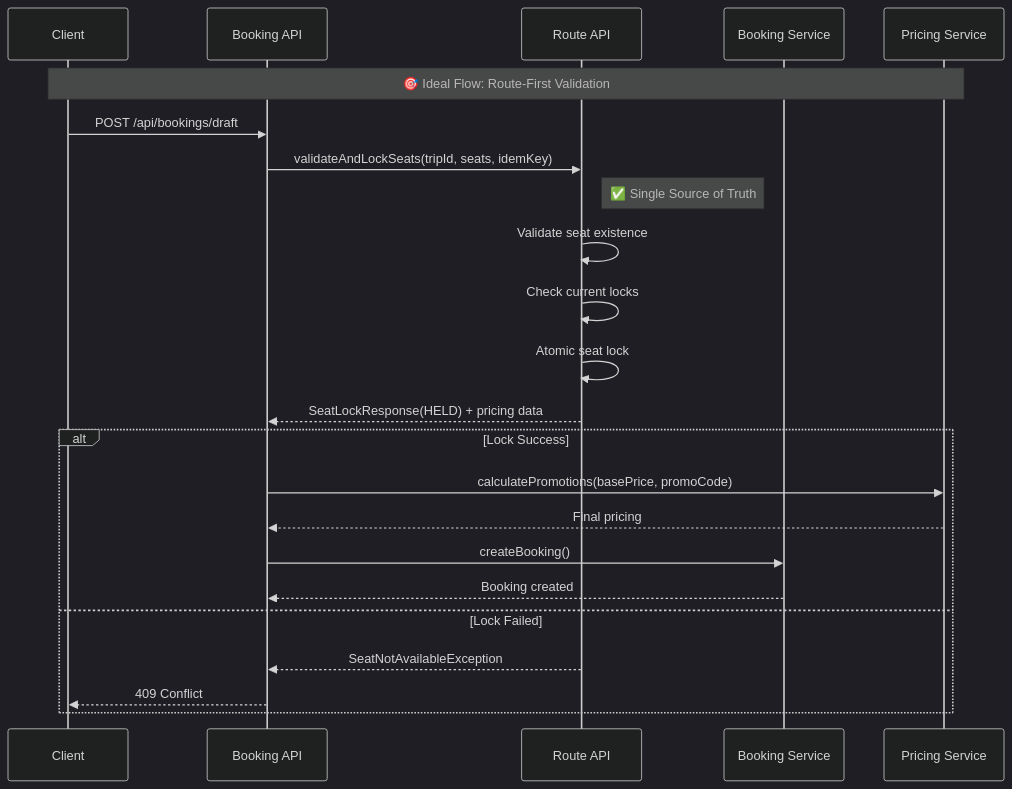
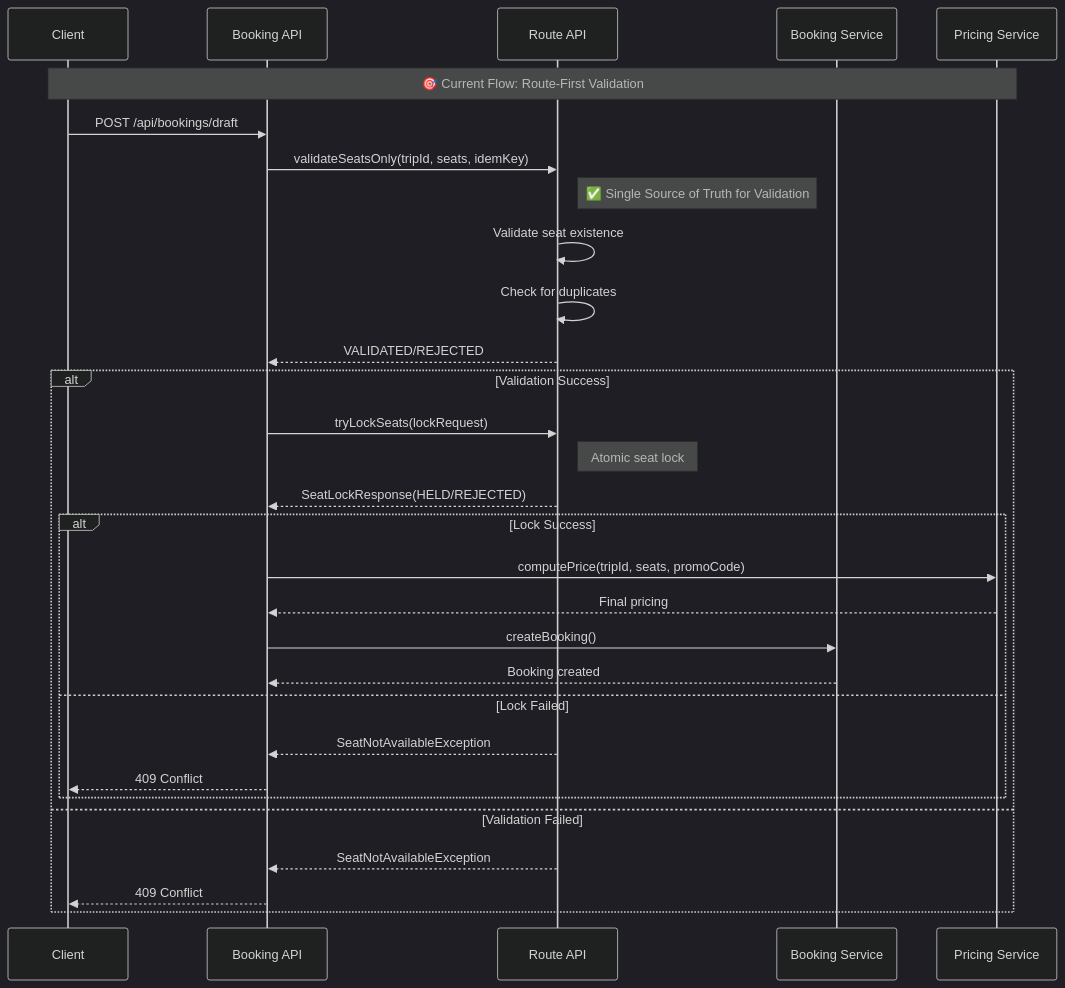
One commit to phungle2508/ridehub changed the fourth of 7 diagrams in backend/ms_route/booking-payment-schedule-flow.md. Above: the diagram before and after it, drawn with Mermaid (dark theme). The commit also changed other lines of this file and 6 other files, not shown here.

First line of the commit message:
docs: restructure booking flow to separate seat validation from pricing

````diff
--- a/backend/ms_route/booking-payment-schedule-flow.md
+++ b/backend/ms_route/booking-payment-schedule-flow.md
@@ -180,28 +190,36 @@
 ```mermaid
 sequenceDiagram
     participant Client
     participant BookingAPI as Booking API
     participant RouteAPI as Route API
     participant BookingService as Booking Service
     participant PricingService as Pricing Service
     
-    Note over Client, PricingService: 🎯 Ideal Flow: Route-First Validation
+    Note over Client, PricingService: 🎯 Current Flow: Route-First Validation
     Client->>BookingAPI: POST /api/bookings/draft
-    BookingAPI->>RouteAPI: validateAndLockSeats(tripId, seats, idemKey)
+    BookingAPI->>RouteAPI: validateSeatsOnly(tripId, seats, idemKey)
     
-    Note right of RouteAPI: ✅ Single Source of Truth
+    Note right of RouteAPI: ✅ Single Source of Truth for Validation
     RouteAPI->>RouteAPI: Validate seat existence
-    RouteAPI->>RouteAPI: Check current locks
-    RouteAPI->>RouteAPI: Atomic seat lock
-    RouteAPI-->>BookingAPI: SeatLockResponse(HELD) + pricing data
+    RouteAPI->>RouteAPI: Check for duplicates
+    RouteAPI-->>BookingAPI: VALIDATED/REJECTED
     
-    alt Lock Success
-        BookingAPI->>PricingService: calculatePromotions(basePrice, promoCode)
-        PricingService-->>BookingAPI: Final pricing
-        BookingAPI->>BookingService: createBooking()
-        BookingService-->>BookingAPI: Booking created
-    else Lock Failed
+    alt Validation Success
+        BookingAPI->>RouteAPI: tryLockSeats(lockRequest)
+        Note right of RouteAPI: Atomic seat lock
+        RouteAPI-->>BookingAPI: SeatLockResponse(HELD/REJECTED)
+        
+        alt Lock Success
+            BookingAPI->>PricingService: computePrice(tripId, seats, promoCode)
+            PricingService-->>BookingAPI: Final pricing
+            BookingAPI->>BookingService: createBooking()
+            BookingService-->>BookingAPI: Booking created
+        else Lock Failed
+            RouteAPI-->>BookingAPI: SeatNotAvailableException
+            BookingAPI-->>Client: 409 Conflict
+        end
+    else Validation Failed
         RouteAPI-->>BookingAPI: SeatNotAvailableException
         BookingAPI-->>Client: 409 Conflict
     end
 ```
````
